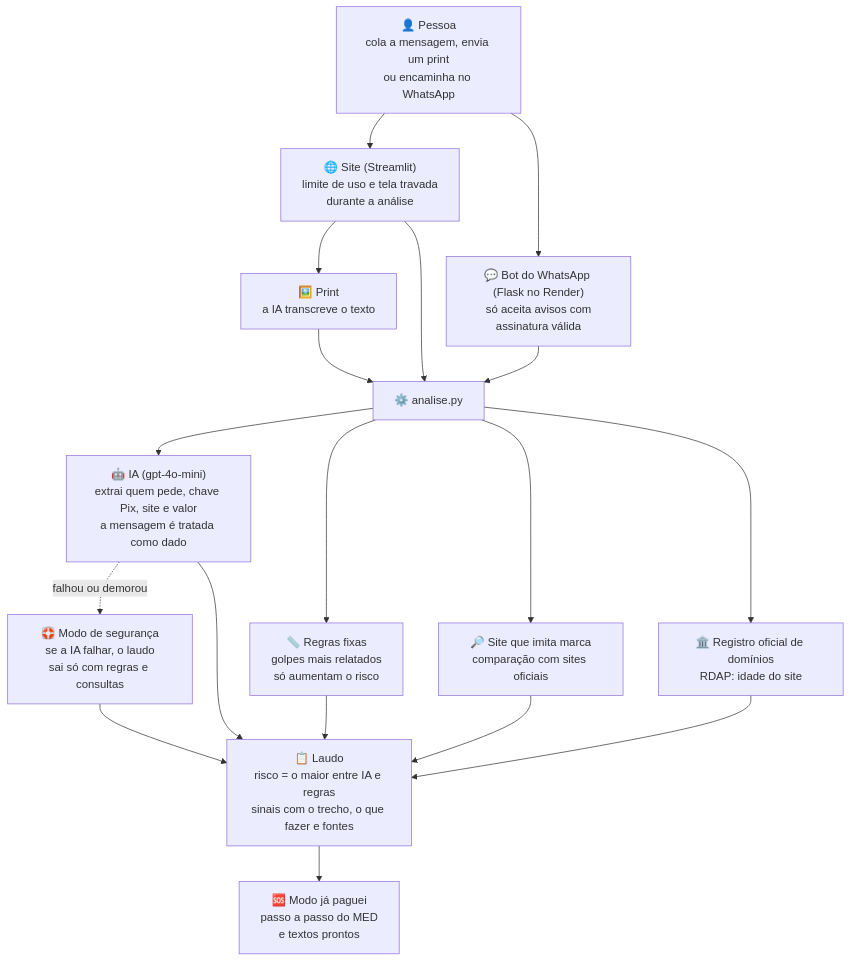
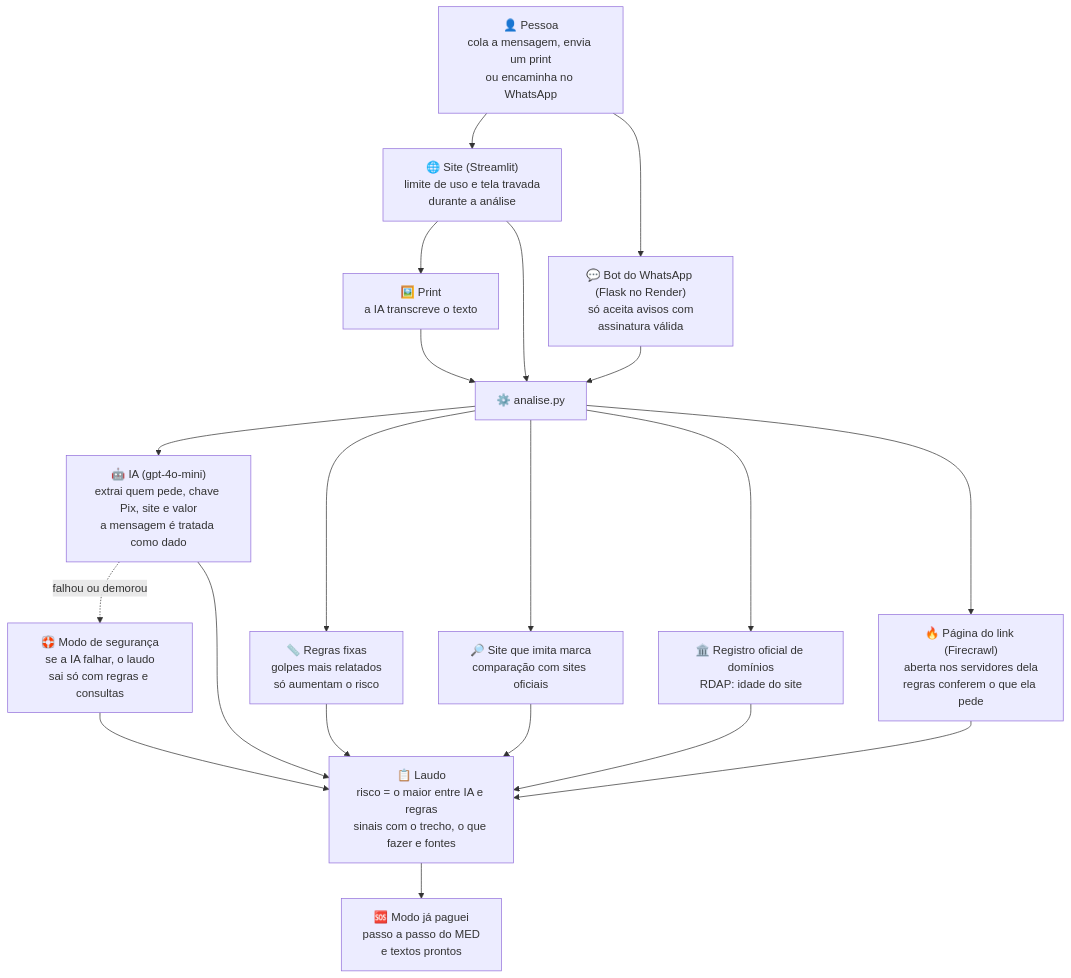
One commit to emanuelmoretticosta-netizen/desconfia-ai changed the diagram in README.md. Above: the diagram before and after it, drawn with Mermaid. The commit also changed other lines of this file and 5 other files, not shown here.

Commit message:
Pagina do link aberta pela Firecrawl, com regras que conferem o que ela pede

````diff
--- a/README.md
+++ b/README.md
@@ -67,32 +68,35 @@
 ```mermaid
 flowchart TD
     U["👤 Pessoa<br/>cola a mensagem, envia um print<br/>ou encaminha no WhatsApp"]
     SITE["🌐 Site (Streamlit)<br/>limite de uso e tela travada<br/>durante a análise"]
     BOT["💬 Bot do WhatsApp (Flask no Render)<br/>só aceita avisos com<br/>assinatura válida"]
     PRINT["🖼️ Print<br/>a IA transcreve o texto"]
     AN["⚙️ analise.py"]
     IA["🤖 IA (gpt-4o-mini)<br/>extrai quem pede, chave Pix, site e valor<br/>a mensagem é tratada como dado"]
     REG["📏 Regras fixas<br/>golpes mais relatados<br/>só aumentam o risco"]
     MARCA["🔎 Site que imita marca<br/>comparação com sites oficiais"]
     RDAP["🏛️ Registro oficial de domínios<br/>RDAP: idade do site"]
+    PAG["🔥 Página do link (Firecrawl)<br/>aberta nos servidores dela<br/>regras conferem o que ela pede"]
     SEG["🛟 Modo de segurança<br/>se a IA falhar, o laudo<br/>sai só com regras e consultas"]
     LAUDO["📋 Laudo<br/>risco = o maior entre IA e regras<br/>sinais com o trecho, o que fazer e fontes"]
     PAGUEI["🆘 Modo já paguei<br/>passo a passo do MED<br/>e textos prontos"]
 
     U --> SITE
     U --> BOT
     SITE --> PRINT --> AN
     SITE --> AN
     BOT --> AN
     AN --> IA
     AN --> REG
     AN --> MARCA
     AN --> RDAP
+    AN --> PAG
     IA -. "falhou ou demorou" .-> SEG
     IA --> LAUDO
     REG --> LAUDO
     MARCA --> LAUDO
     RDAP --> LAUDO
+    PAG --> LAUDO
     SEG --> LAUDO
     LAUDO --> PAGUEI
 ```
````
